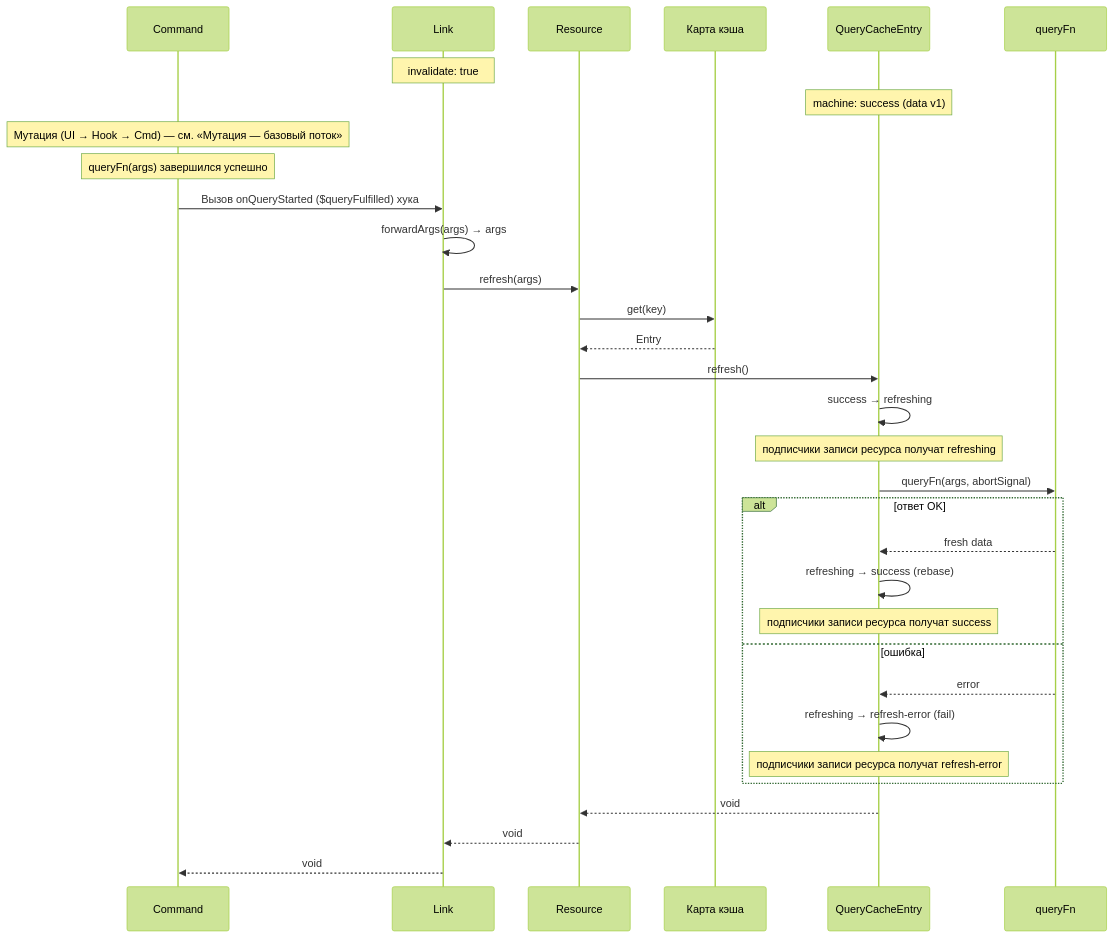
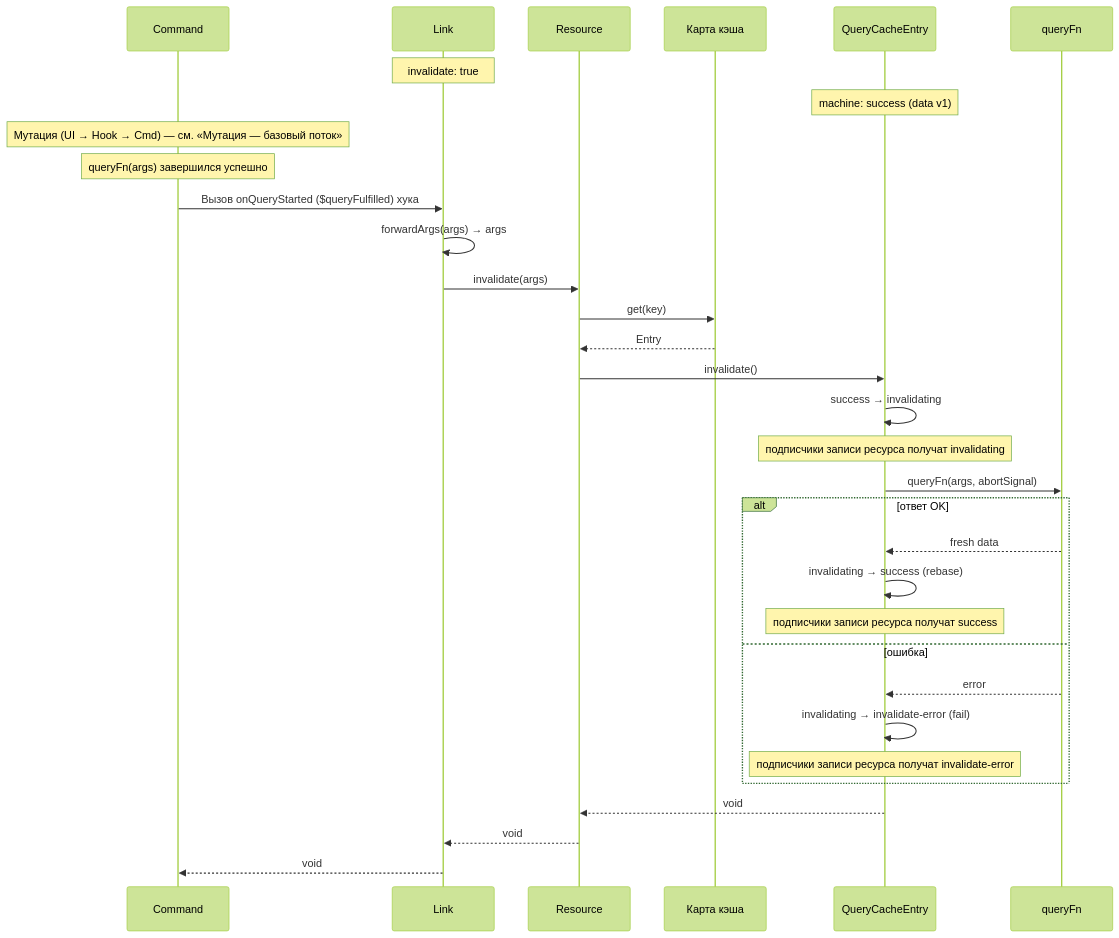
One commit to fozy-labs/rx-toolkit changed the eighth of 10 diagrams in docs/query/concepts/dataflows.md. Above: the diagram before and after it, drawn with Mermaid (forest theme). The commit also changed other lines of this file and 105 other files, not shown here.

````diff
--- a/docs/query/concepts/dataflows.md
+++ b/docs/query/concepts/dataflows.md
@@ -307,43 +307,43 @@
 ```mermaid
 sequenceDiagram
     participant Cmd as Command
     participant Lnk as Link
     participant Res as Resource
     participant Cache as Карта кэша
     participant Entry as QueryCacheEntry
     participant Query as queryFn
     
     Note over Lnk: invalidate: true
 
     Note over Entry: machine: success (data v1)
 
     Note over Cmd: Мутация (UI → Hook → Cmd) — см. «Мутация — базовый поток»
     Note over Cmd: queryFn(args) завершился успешно
 
 
     Cmd->>Lnk: Вызов onQueryStarted ($queryFulfilled) хука
     Lnk->>Lnk: forwardArgs(args) → args
-    Lnk->>Res: refresh(args)
+    Lnk->>Res: invalidate(args)
     Res->>Cache: get(key)
     Cache-->>Res: Entry
-    Res->>Entry: refresh()
-    Entry->>Entry: success → refreshing
+    Res->>Entry: invalidate()
+    Entry->>Entry: success → invalidating
 
-    Note over Entry: подписчики записи ресурса получат refreshing
+    Note over Entry: подписчики записи ресурса получат invalidating
 
     Entry->>Query: queryFn(args, abortSignal)
 
     alt ответ OK
         Query-->>Entry: fresh data
-        Entry->>Entry: refreshing → success (rebase)
+        Entry->>Entry: invalidating → success (rebase)
         Note over Entry: подписчики записи ресурса получат success
     else ошибка
         Query-->>Entry: error
-        Entry->>Entry: refreshing → refresh-error (fail)
-        Note over Entry: подписчики записи ресурса получат refresh-error
+        Entry->>Entry: invalidating → invalidate-error (fail)
+        Note over Entry: подписчики записи ресурса получат invalidate-error
     end
     
     Entry-->>Res: void
     Res-->>Lnk: void
     Lnk-->>Cmd: void
 ```
````
